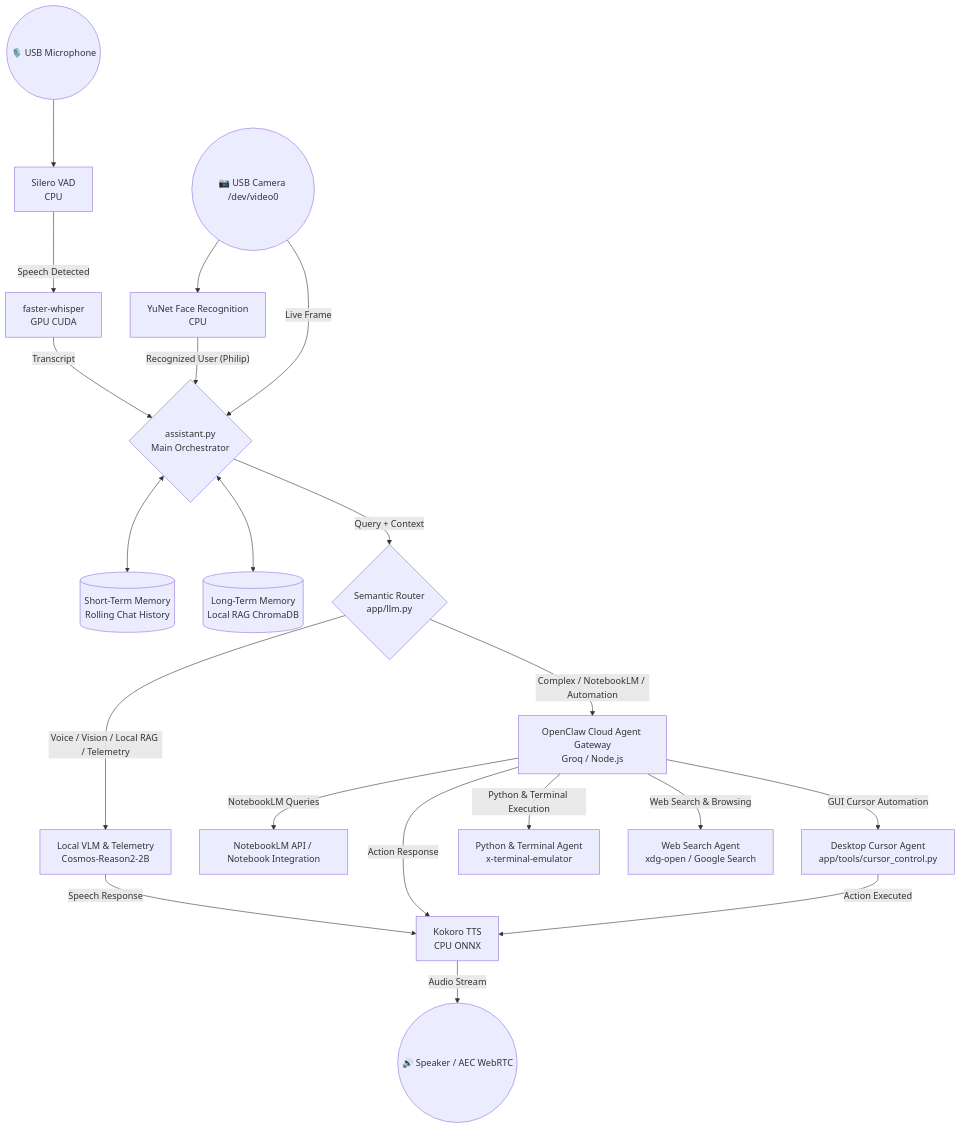
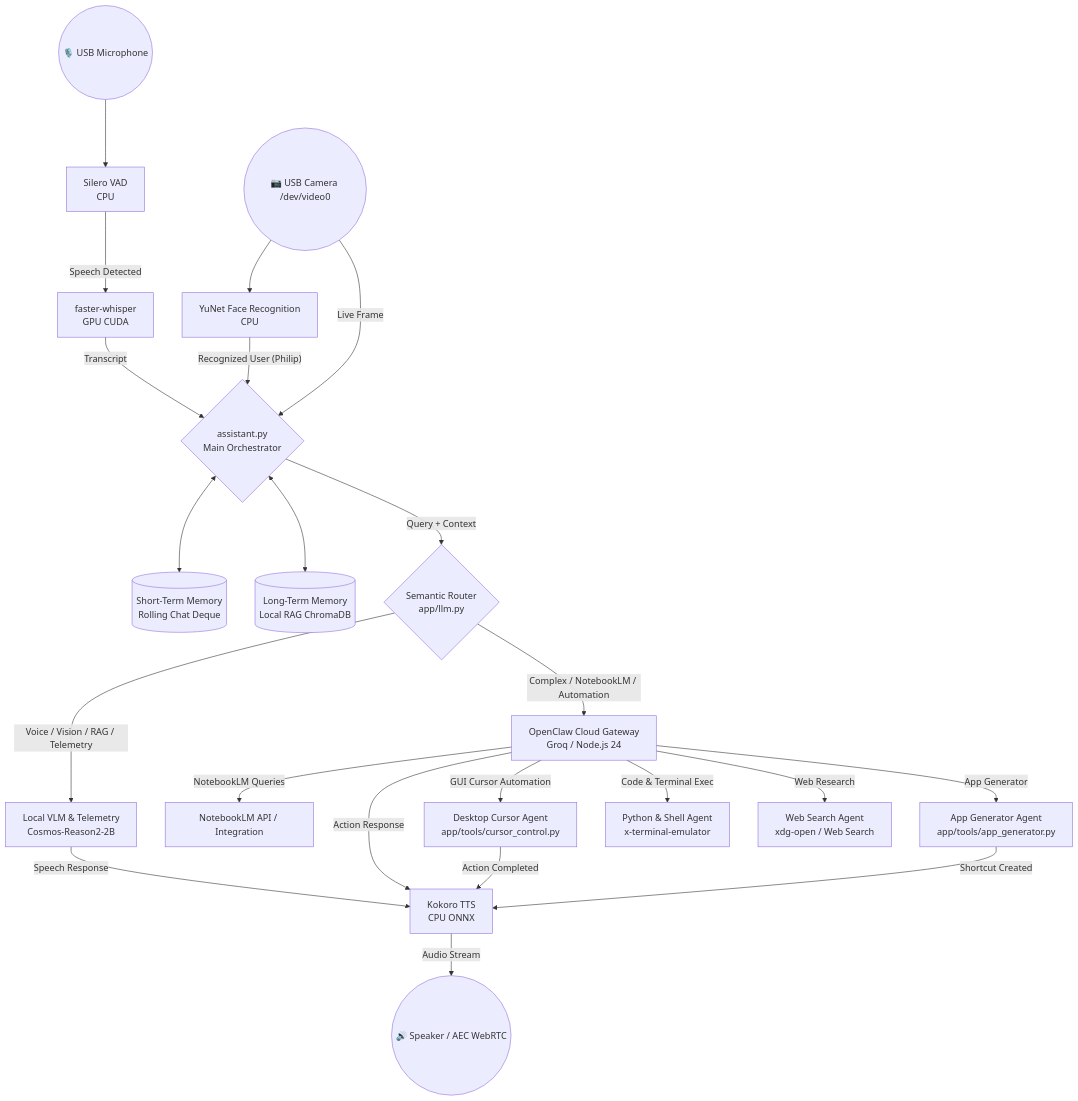
One commit to FilippeZ/aria-ai-assistant changed the diagram in README.md. Above: the diagram before and after it, drawn with Mermaid. The commit also changed other lines of this file and 22 other files, not shown here.

````diff
--- a/README.md
+++ b/README.md
@@ -29,36 +82,38 @@
 ```mermaid
 graph TD
     %% Inputs
     Mic((🎙️ USB Microphone)) --> VAD[Silero VAD\nCPU]
     Cam((📷 USB Camera /dev/video0)) --> FaceRec[YuNet Face Recognition\nCPU]
     
     %% Audio & Vision Pipeline
     VAD -- Speech Detected --> STT[faster-whisper\nGPU CUDA]
     STT -- Transcript --> App{assistant.py\nMain Orchestrator}
     FaceRec -- "Recognized User (Philip)" --> App
     Cam -- Live Frame --> App
     
-    %% Short-Term & Long-Term Memory
-    App <--> ShortMem[(Short-Term Memory\nRolling Chat History)]
+    %% Memory Layer
+    App <--> ShortMem[(Short-Term Memory\nRolling Chat Deque)]
     App <--> LongMem[(Long-Term Memory\nLocal RAG ChromaDB)]
     
     %% Semantic Router
     App -- Query + Context --> Router{Semantic Router\napp/llm.py}
     
-    %% Routing Decisions
-    Router -- "Voice / Vision / Local RAG / Telemetry" --> LocalVLM[Local VLM & Telemetry\nCosmos-Reason2-2B]
-    Router -- "Complex / NotebookLM / Automation" --> CloudAgent[OpenClaw Cloud Agent Gateway\nGroq / Node.js]
+    %% Routing Paths
+    Router -- "Voice / Vision / RAG / Telemetry" --> LocalVLM[Local VLM & Telemetry\nCosmos-Reason2-2B]
+    Router -- "Complex / NotebookLM / Automation" --> CloudAgent[OpenClaw Cloud Gateway\nGroq / Node.js 24]
     
     %% Cloud Agent Tools
-    CloudAgent -- NotebookLM Queries --> NotebookLM[NotebookLM API / Notebook Integration]
+    CloudAgent -- NotebookLM Queries --> NotebookLM[NotebookLM API / Integration]
     CloudAgent -- GUI Cursor Automation --> Cursor[Desktop Cursor Agent\napp/tools/cursor_control.py]
-    CloudAgent -- Python & Terminal Execution --> Term[Python & Terminal Agent\nx-terminal-emulator]
-    CloudAgent -- Web Search & Browsing --> Web[Web Search Agent\nxdg-open / Google Search]
+    CloudAgent -- App Generator --> AppGen[App Generator Agent\napp/tools/app_generator.py]
+    CloudAgent -- Code & Terminal Exec --> Term[Python & Shell Agent\nx-terminal-emulator]
+    CloudAgent -- Web Research --> Web[Web Search Agent\nxdg-open / Web Search]
     
     %% Outputs
     LocalVLM -- Speech Response --> TTS[Kokoro TTS\nCPU ONNX]
     CloudAgent -- Action Response --> TTS
-    Cursor -- Action Executed --> TTS
+    Cursor -- Action Completed --> TTS
+    AppGen -- Shortcut Created --> TTS
     
     TTS -- Audio Stream --> Speaker((🔊 Speaker / AEC WebRTC))
 ```
````
